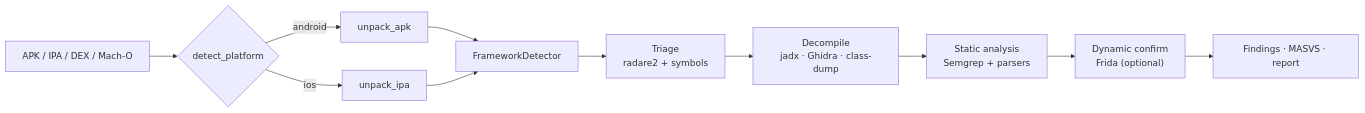
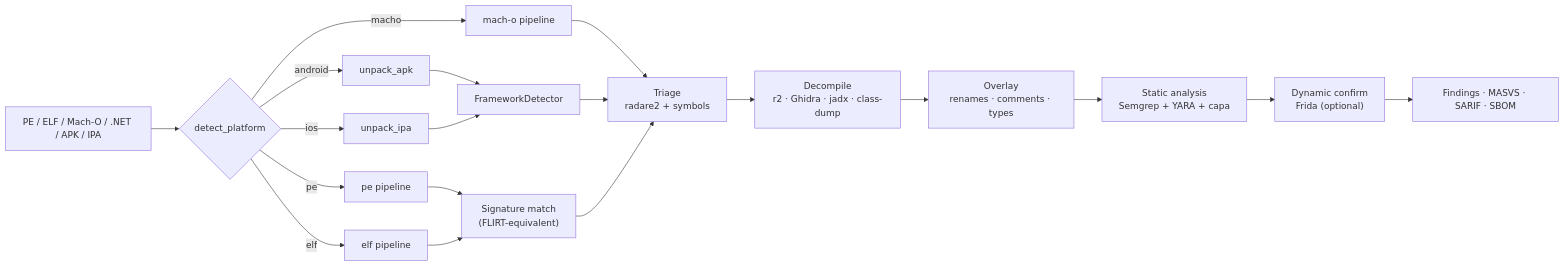
One commit to TyrusRC/chimera changed the second of 2 diagrams in README.md. Above: the diagram before and after it, drawn with Mermaid. The commit also changed other lines of this file and 4 other files, not shown here.

````diff
--- a/README.md
+++ b/README.md
@@ -177,14 +293,22 @@
 ```mermaid
 flowchart LR
-    Input[APK / IPA / DEX / Mach-O] --> Detect{detect_platform}
+    Input[PE / ELF / Mach-O / .NET / APK / IPA] --> Detect{detect_platform}
+    Detect -->|pe| PE[pe pipeline]
+    Detect -->|elf| ELF[elf pipeline]
+    Detect -->|macho| MO[mach-o pipeline]
     Detect -->|android| UnpackA[unpack_apk]
     Detect -->|ios| UnpackI[unpack_ipa]
 
+    PE --> Sigs["Signature match<br/>(FLIRT-equivalent)"]
+    ELF --> Sigs
+    MO --> Triage
     UnpackA --> Framework[FrameworkDetector]
     UnpackI --> Framework
     Framework --> Triage["Triage<br/>radare2 + symbols"]
-    Triage --> Decompile["Decompile<br/>jadx · Ghidra · class-dump"]
-    Decompile --> Static["Static analysis<br/>Semgrep + parsers"]
+    Sigs --> Triage
+    Triage --> Decompile["Decompile<br/>r2 · Ghidra · jadx · class-dump"]
+    Decompile --> Overlay["Overlay<br/>renames · comments · types"]
+    Overlay --> Static["Static analysis<br/>Semgrep + YARA + capa"]
     Static --> Confirm["Dynamic confirm<br/>Frida (optional)"]
-    Confirm --> Report["Findings · MASVS · report"]
+    Confirm --> Report["Findings · MASVS · SARIF · SBOM"]
 ```
````
